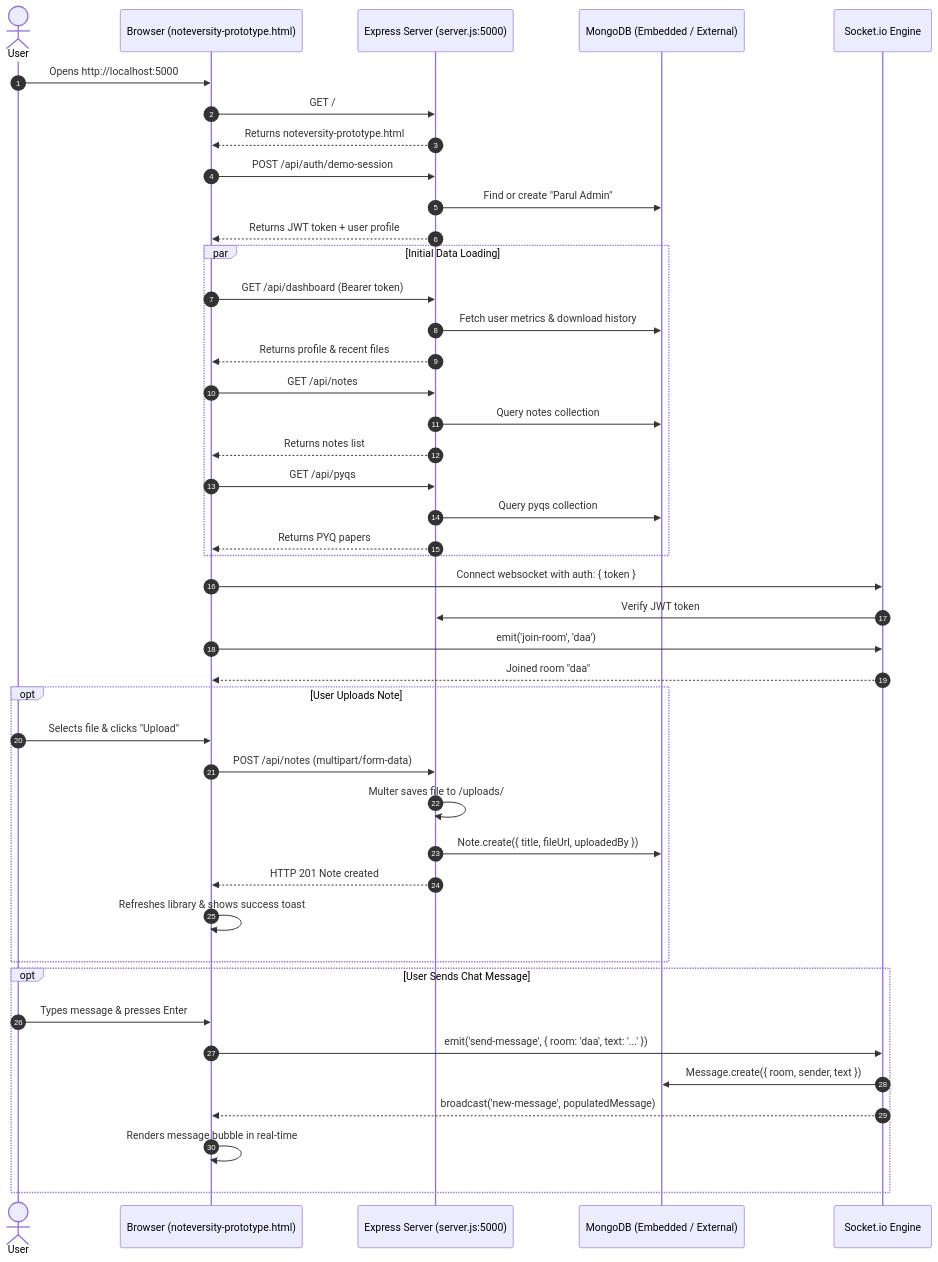
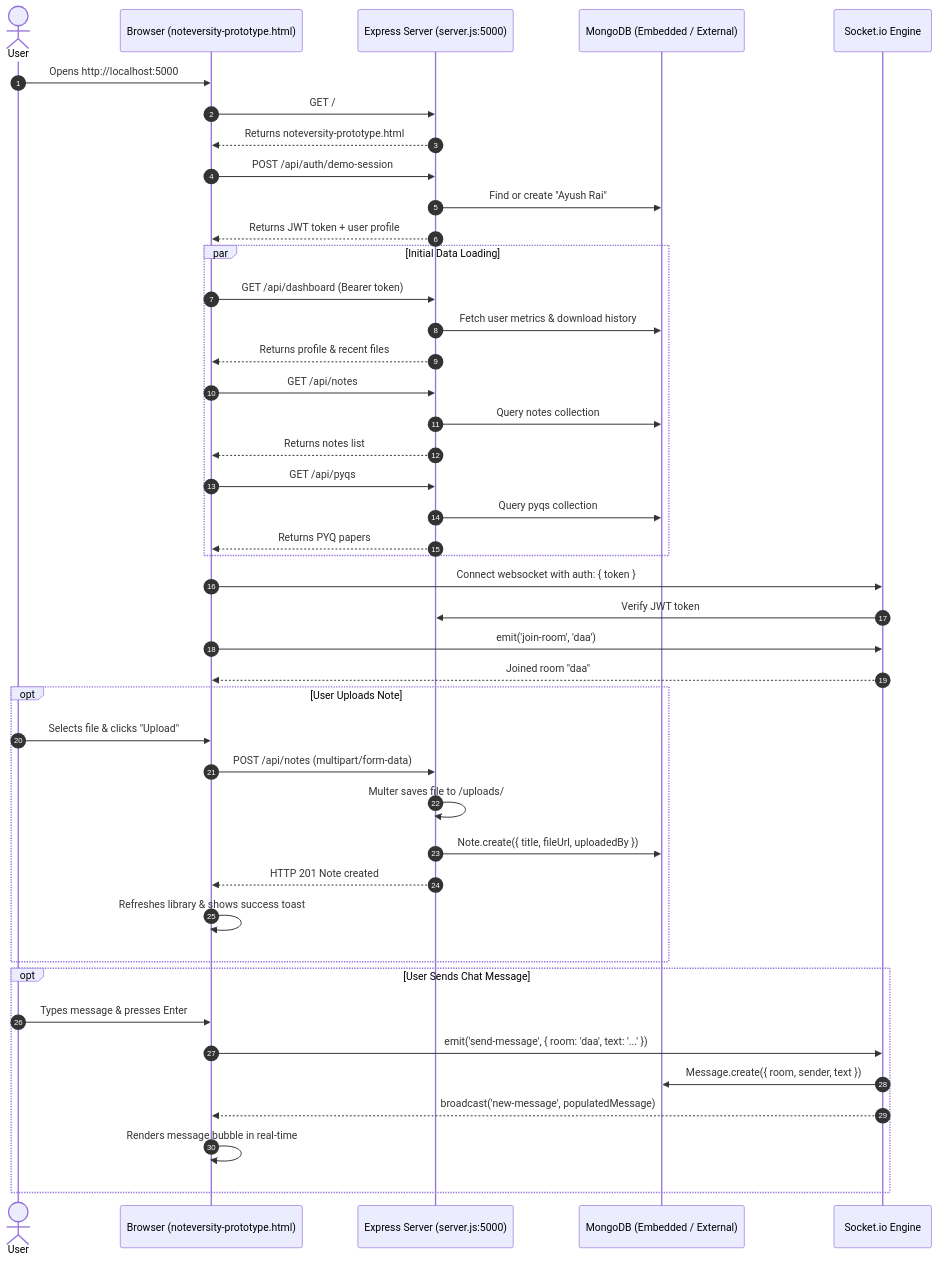
The diagram in CHANGES_AND_ARCHITECTURE.md (Zenfit-06/noteuni), drawn with Mermaid before and after one commit. The commit also changed other lines of this file and 15 other files, not shown here.

````diff
--- a/CHANGES_AND_ARCHITECTURE.md
+++ b/CHANGES_AND_ARCHITECTURE.md
@@ -256,53 +256,53 @@
 ```mermaid
 sequenceDiagram
     autonumber
     actor User
     participant Browser as Browser (noteversity-prototype.html)
     participant Server as Express Server (server.js:5000)
     participant DB as MongoDB (Embedded / External)
     participant Socket as Socket.io Engine
 
     User->>Browser: Opens http://localhost:5000
     Browser->>Server: GET /
     Server-->>Browser: Returns noteversity-prototype.html
 
     Browser->>Server: POST /api/auth/demo-session
-    Server->>DB: Find or create "Parul Admin"
+    Server->>DB: Find or create "Ayush Rai"
     Server-->>Browser: Returns JWT token + user profile
 
     par Initial Data Loading
         Browser->>Server: GET /api/dashboard (Bearer token)
         Server->>DB: Fetch user metrics & download history
         Server-->>Browser: Returns profile & recent files
 
         Browser->>Server: GET /api/notes
         Server->>DB: Query notes collection
         Server-->>Browser: Returns notes list
 
         Browser->>Server: GET /api/pyqs
         Server->>DB: Query pyqs collection
         Server-->>Browser: Returns PYQ papers
     end
 
     Browser->>Socket: Connect websocket with auth: { token }
     Socket->>Server: Verify JWT token
     Browser->>Socket: emit('join-room', 'daa')
     Socket-->>Browser: Joined room "daa"
 
     opt User Uploads Note
         User->>Browser: Selects file & clicks "Upload"
         Browser->>Server: POST /api/notes (multipart/form-data)
         Server->>Server: Multer saves file to /uploads/
         Server->>DB: Note.create({ title, fileUrl, uploadedBy })
         Server-->>Browser: HTTP 201 Note created
         Browser->>Browser: Refreshes library & shows success toast
     end
 
     opt User Sends Chat Message
         User->>Browser: Types message & presses Enter
         Browser->>Socket: emit('send-message', { room: 'daa', text: '...' })
         Socket->>DB: Message.create({ room, sender, text })
         Socket-->>Browser: broadcast('new-message', populatedMessage)
         Browser->>Browser: Renders message bubble in real-time
     end
 ```
````
